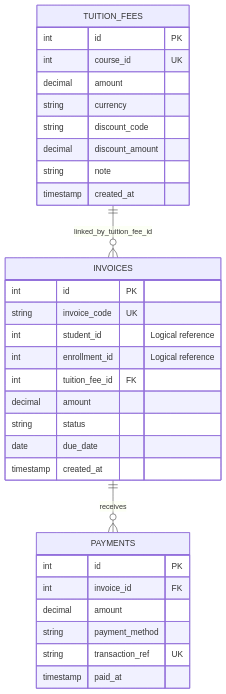
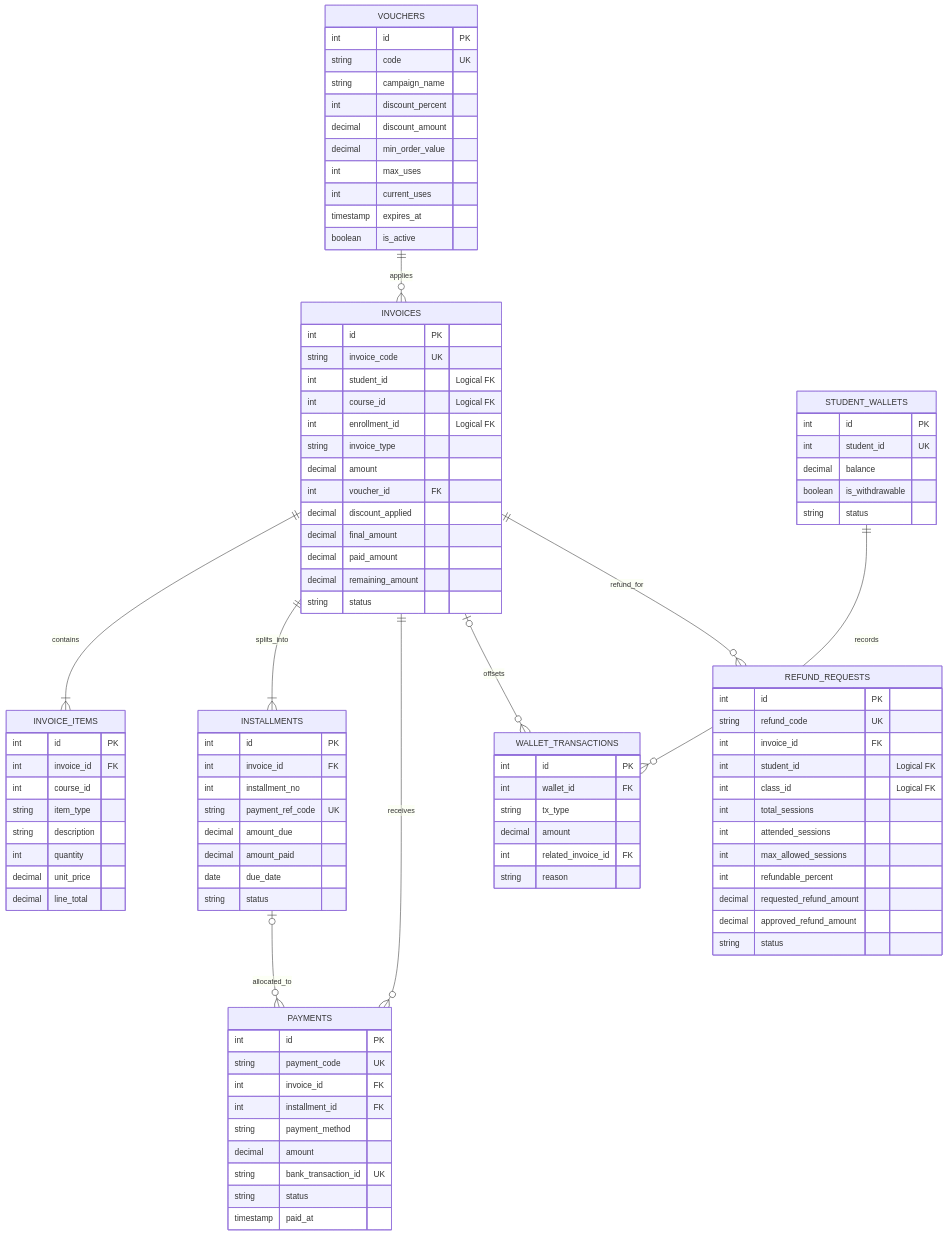
The first of 4 diagrams in services/finance/docs/finance-schema-spec.md (133mSS/english_center), drawn with Mermaid before and after one commit. The commit also changed other lines of this file, not shown here.

Commit message:
docs(finance): rebuild schema specification with all eight tables

````diff
--- a/services/finance/docs/finance-schema-spec.md
+++ b/services/finance/docs/finance-schema-spec.md
@@ -50,34 +65,99 @@
 ```mermaid
 erDiagram
-    TUITION_FEES ||--o{ INVOICES : linked_by_tuition_fee_id
+    VOUCHERS ||--o{ INVOICES : applies
+    INVOICES ||--|{ INVOICE_ITEMS : contains
+    INVOICES ||--|{ INSTALLMENTS : splits_into
     INVOICES ||--o{ PAYMENTS : receives
-    TUITION_FEES {
+    INSTALLMENTS |o--o{ PAYMENTS : allocated_to
+    STUDENT_WALLETS ||--o{ WALLET_TRANSACTIONS : records
+    INVOICES |o--o{ WALLET_TRANSACTIONS : offsets
+    INVOICES ||--o{ REFUND_REQUESTS : refund_for
+
+    VOUCHERS {
         int id PK
-        int course_id UK
-        decimal amount
-        string currency
-        string discount_code
+        string code UK
+        string campaign_name
+        int discount_percent
         decimal discount_amount
-        string note
-        timestamp created_at
+        decimal min_order_value
+        int max_uses
+        int current_uses
+        timestamp expires_at
+        boolean is_active
     }
     INVOICES {
         int id PK
         string invoice_code UK
-        int student_id "Logical reference"
-        int enrollment_id "Logical reference"
-        int tuition_fee_id FK
+        int student_id "Logical FK"
+        int course_id "Logical FK"
+        int enrollment_id "Logical FK"
+        string invoice_type
         decimal amount
+        int voucher_id FK
+        decimal discount_applied
+        decimal final_amount
+        decimal paid_amount
+        decimal remaining_amount
         string status
+    }
+    INVOICE_ITEMS {
+        int id PK
+        int invoice_id FK
+        int course_id
+        string item_type
+        string description
+        int quantity
+        decimal unit_price
+        decimal line_total
+    }
+    INSTALLMENTS {
+        int id PK
+        int invoice_id FK
+        int installment_no
+        string payment_ref_code UK
+        decimal amount_due
+        decimal amount_paid
         date due_date
-        timestamp created_at
+        string status
     }
     PAYMENTS {
         int id PK
+        string payment_code UK
         int invoice_id FK
+        int installment_id FK
+        string payment_method
         decimal amount
-        string payment_method
-        string transaction_ref UK
+        string bank_transaction_id UK
+        string status
         timestamp paid_at
     }
+    STUDENT_WALLETS {
+        int id PK
+        int student_id UK
+        decimal balance
+        boolean is_withdrawable
+        string status
+    }
+    WALLET_TRANSACTIONS {
+        int id PK
+        int wallet_id FK
+        string tx_type
+        decimal amount
+        int related_invoice_id FK
+        string reason
+    }
+    REFUND_REQUESTS {
+        int id PK
+        string refund_code UK
+        int invoice_id FK
+        int student_id "Logical FK"
+        int class_id "Logical FK"
+        int total_sessions
+        int attended_sessions
+        int max_allowed_sessions
+        int refundable_percent
+        decimal requested_refund_amount
+        decimal approved_refund_amount
+        string status
+    }
 ```
````
